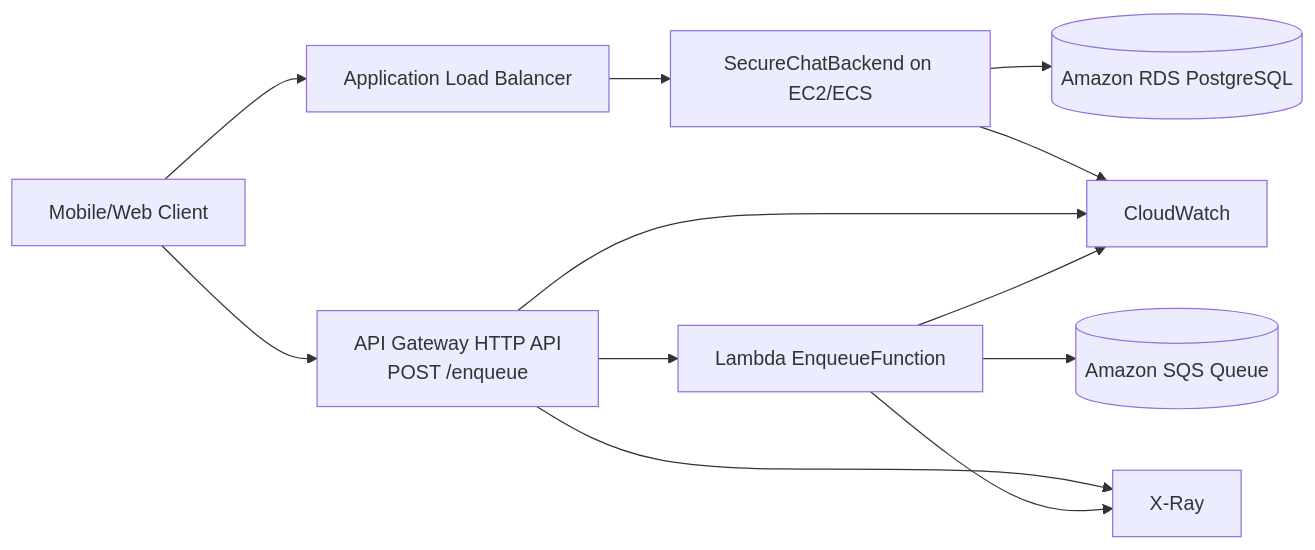
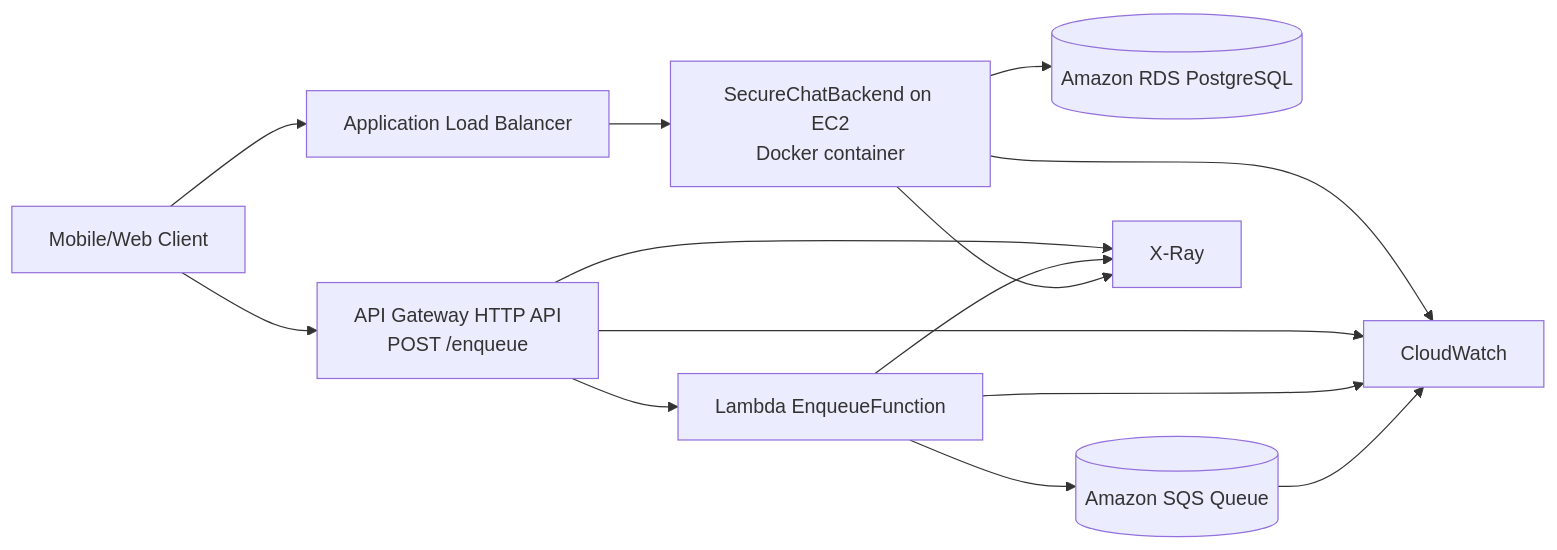
Before and after one commit to karth1kkk/securechat: the second of 3 diagrams in docs/task2/TASK2_ARCHITECTURE_BLUEPRINTS.md, drawn with Mermaid. The commit also changed other lines of this file and 2 other files, not shown here.

First line of the commit message:
Update architecture blueprints for Task #2

````diff
--- a/docs/task2/TASK2_ARCHITECTURE_BLUEPRINTS.md
+++ b/docs/task2/TASK2_ARCHITECTURE_BLUEPRINTS.md
@@ -17,16 +17,19 @@
 ```mermaid
 flowchart LR
   U[Mobile/Web Client] --> ALB[Application Load Balancer]
-  ALB --> API[SecureChatBackend on EC2/ECS]
+  ALB --> API[SecureChatBackend on EC2<br/>Docker container]
   API --> DB[(Amazon RDS PostgreSQL)]
 
   U --> APIGW[API Gateway HTTP API<br/>POST /enqueue]
   APIGW --> L[Lambda EnqueueFunction]
   L --> Q[(Amazon SQS Queue)]
 
   API --> CW[CloudWatch]
   APIGW --> CW
   L --> CW
+  Q --> CW
+
   APIGW --> XR[X-Ray]
   L --> XR
+  API --> XR
 ```
````
